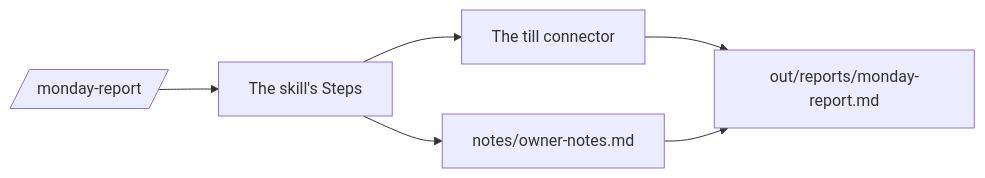
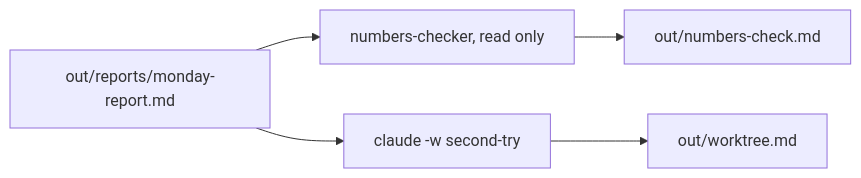
Before and after one commit to learnwithparam/claude-code-for-everyone: the diagram in parts/05-connect-and-schedule/04-write-the-monday-report/problem/README.md, drawn with Mermaid. The commit also changed other lines of this file and 9 other files, not shown here.

````diff
--- a/parts/05-connect-and-schedule/04-write-the-monday-report/problem/README.md
+++ b/parts/05-connect-and-schedule/04-write-the-monday-report/problem/README.md
@@ -7,8 +7,7 @@
 ```mermaid
 flowchart LR
-  K[/monday-report/] --> S[The skill's Steps]
-  S --> T[The till connector]
-  S --> N[notes/owner-notes.md]
-  T --> R[out/reports/monday-report.md]
-  N --> R
+  R[out/reports/monday-report.md] --> C[numbers-checker, read only]
+  C --> N[out/numbers-check.md]
+  R --> W[claude -w second-try]
+  W --> M[out/worktree.md]
 ```
````
